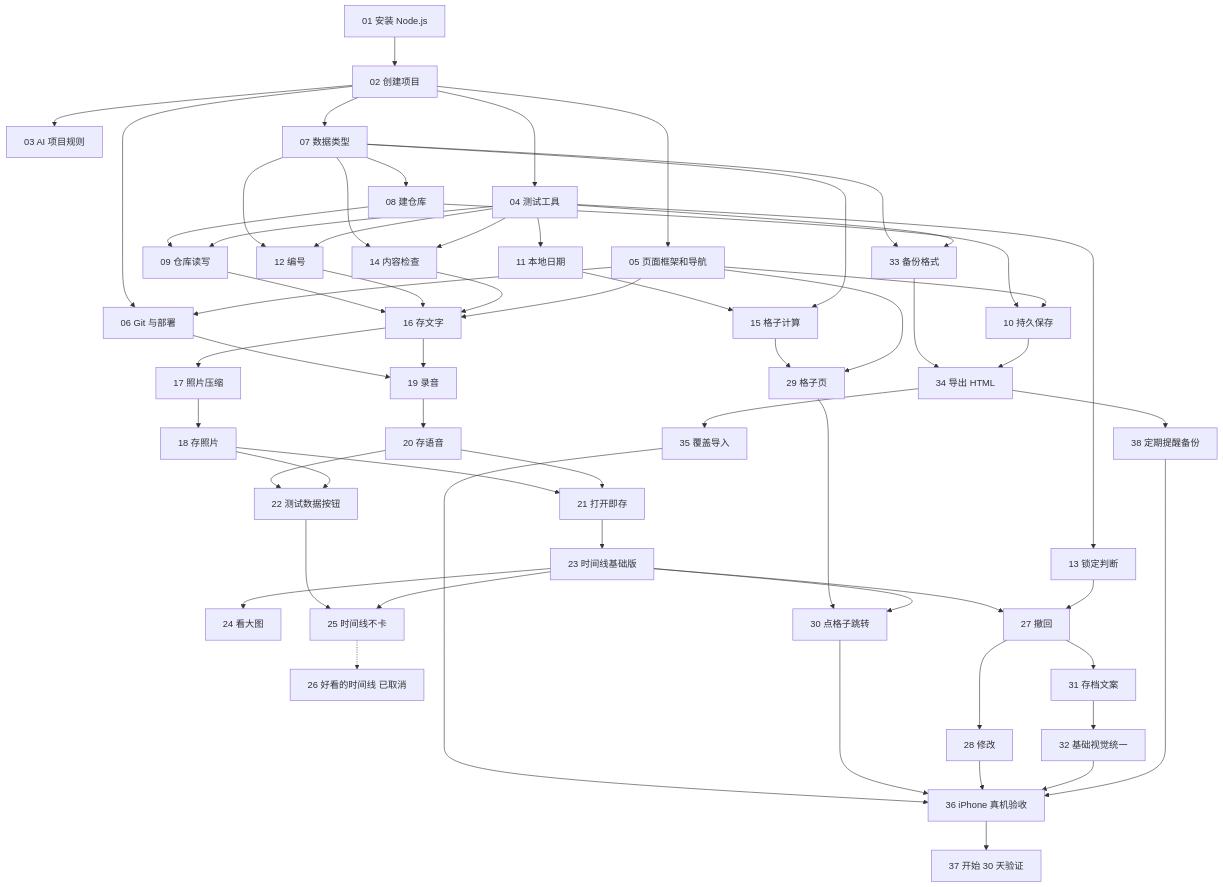
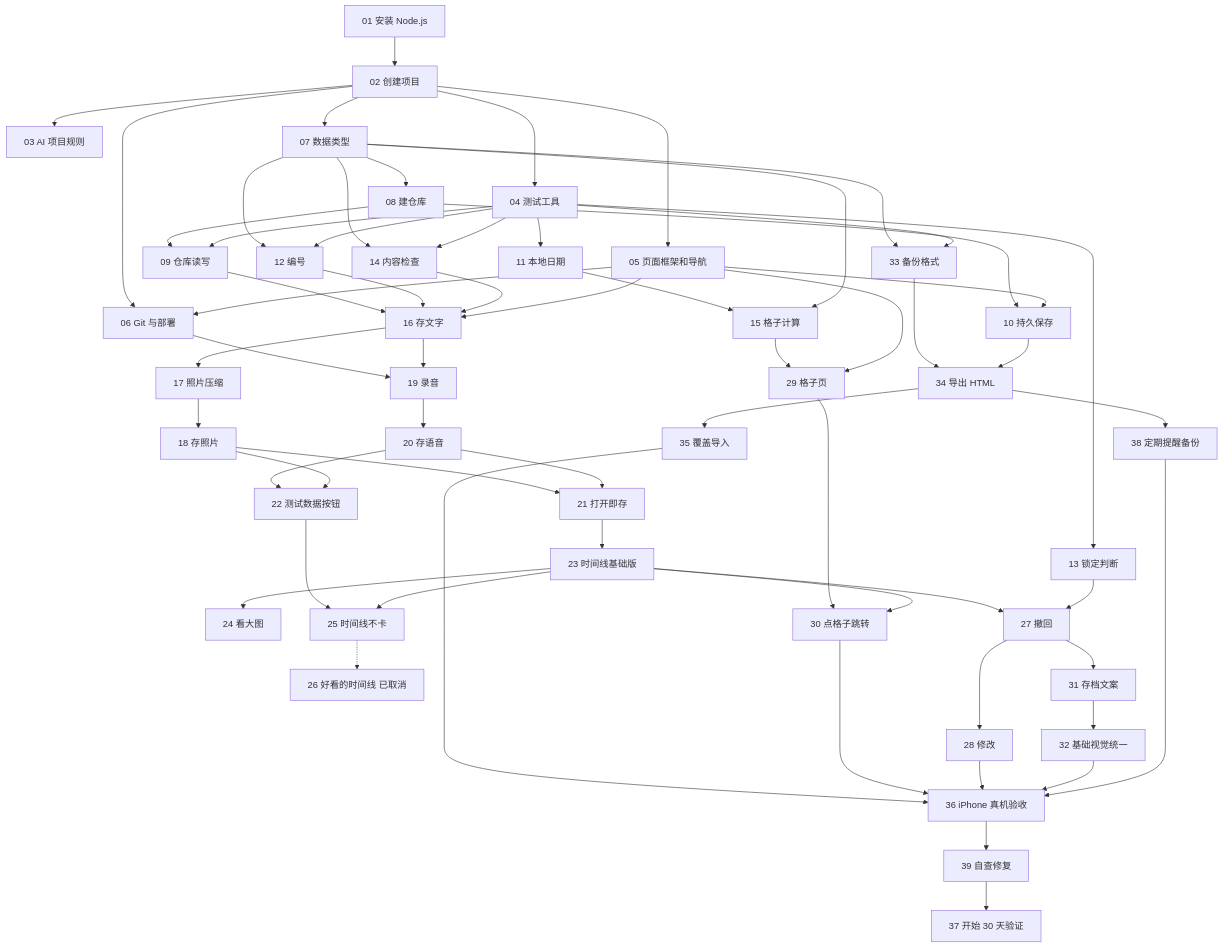
Before and after one commit to yguodong627-star/cike-cundang: the diagram in docs/此刻存档任务清单.md, drawn with Mermaid. The commit also changed other lines of this file and 2 other files, not shown here.

````diff
--- a/docs/此刻存档任务清单.md
+++ b/docs/此刻存档任务清单.md
@@ -36,71 +36,72 @@
 ```mermaid
 flowchart TD
     T01[01 安装 Node.js] --> T02[02 创建项目]
     T02 --> T03[03 AI 项目规则]
     T02 --> T04[04 测试工具]
     T02 --> T05[05 页面框架和导航]
     T02 --> T06a[06 Git 与部署]
     T05 --> T06a
 
     T02 --> T07[07 数据类型]
     T07 --> T08[08 建仓库]
     T08 --> T09[09 仓库读写]
     T04 --> T09
     T08 --> T10[10 持久保存]
     T05 --> T10
 
     T04 --> T11[11 本地日期]
     T07 --> T12[12 编号]
     T04 --> T12
     T04 --> T13[13 锁定判断]
     T07 --> T14[14 内容检查]
     T04 --> T14
     T11 --> T15[15 格子计算]
     T07 --> T15
 
     T09 --> T16[16 存文字]
     T12 --> T16
     T14 --> T16
     T05 --> T16
     T16 --> T17[17 照片压缩]
     T17 --> T18[18 存照片]
     T06a --> T19[19 录音]
     T16 --> T19
     T19 --> T20[20 存语音]
     T18 --> T21[21 打开即存]
     T20 --> T21
     T20 --> T22[22 测试数据按钮]
     T18 --> T22
 
     T21 --> T23[23 时间线基础版]
     T23 --> T24[24 看大图]
     T22 --> T25[25 时间线不卡]
     T23 --> T25
     T25 -.-> T26[26 好看的时间线 已取消]
 
     T23 --> T27[27 撤回]
     T13 --> T27
     T27 --> T28[28 修改]
 
     T15 --> T29[29 格子页]
     T05 --> T29
     T29 --> T30[30 点格子跳转]
     T23 --> T30
 
     T27 --> T31[31 存档文案]
     T31 --> T32[32 基础视觉统一]
 
     T07 --> T33[33 备份格式]
     T04 --> T33
     T33 --> T34[34 导出 HTML]
     T10 --> T34
     T34 --> T35[35 覆盖导入]
 
     T35 --> T36[36 iPhone 真机验收]
     T30 --> T36
     T28 --> T36
     T32 --> T36
     T34 --> T38[38 定期提醒备份]
     T38 --> T36
-    T36 --> T37[37 开始 30 天验证]
+    T36 --> T39[39 自查修复]
+    T39 --> T37[37 开始 30 天验证]
 ```
````
